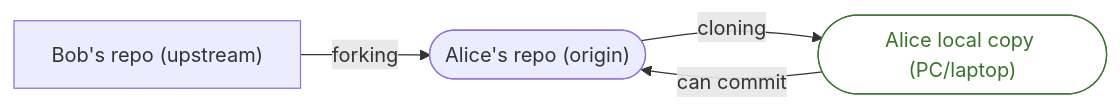
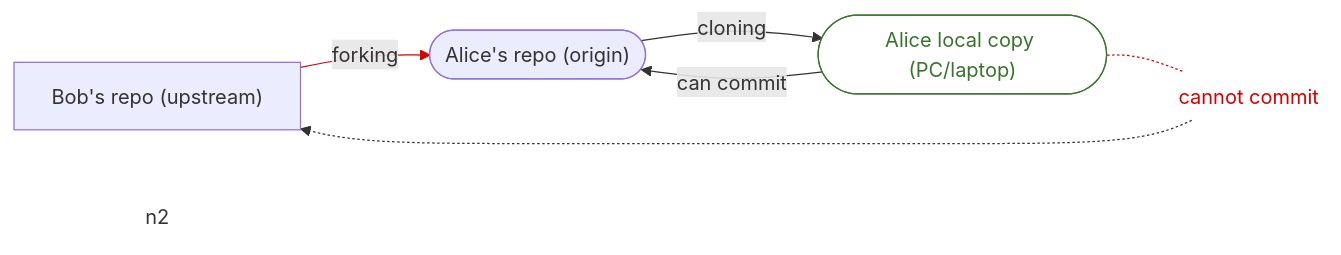
Before and after one commit to hpc2n/course-intro-git: the third of 3 diagrams in docs/remotes.md, drawn with Mermaid.

Commit message:
Trying to fix mermaid diagram about fork

````diff
--- a/docs/remotes.md
+++ b/docs/remotes.md
@@ -385,11 +385,19 @@
 ```mermaid
 graph LR
   bob["Bob's repo (upstream)"] 
   alicef(["Alice's repo (origin)"])
   alicel(["Alice local copy (PC/laptop)"]) 
   style alicel fill:#ffffff,stroke:#39742b,color:#39742b
 
   alicef --> |cloning| alicel
   alicel --> |can commit| alicef
   bob --> |forking| alicef
-```  
+  alicel -.- n1["cannot commit"]
+  n1 -.-> bob
+
+  n1@{ shape: text}
+  n2@{ shape: text}
+  style n1 color:#D50000
+  linkStyle 2 stroke:#D50000,fill:none
+  linkStyle 3 stroke:#D50000,fill:none
+```
````
